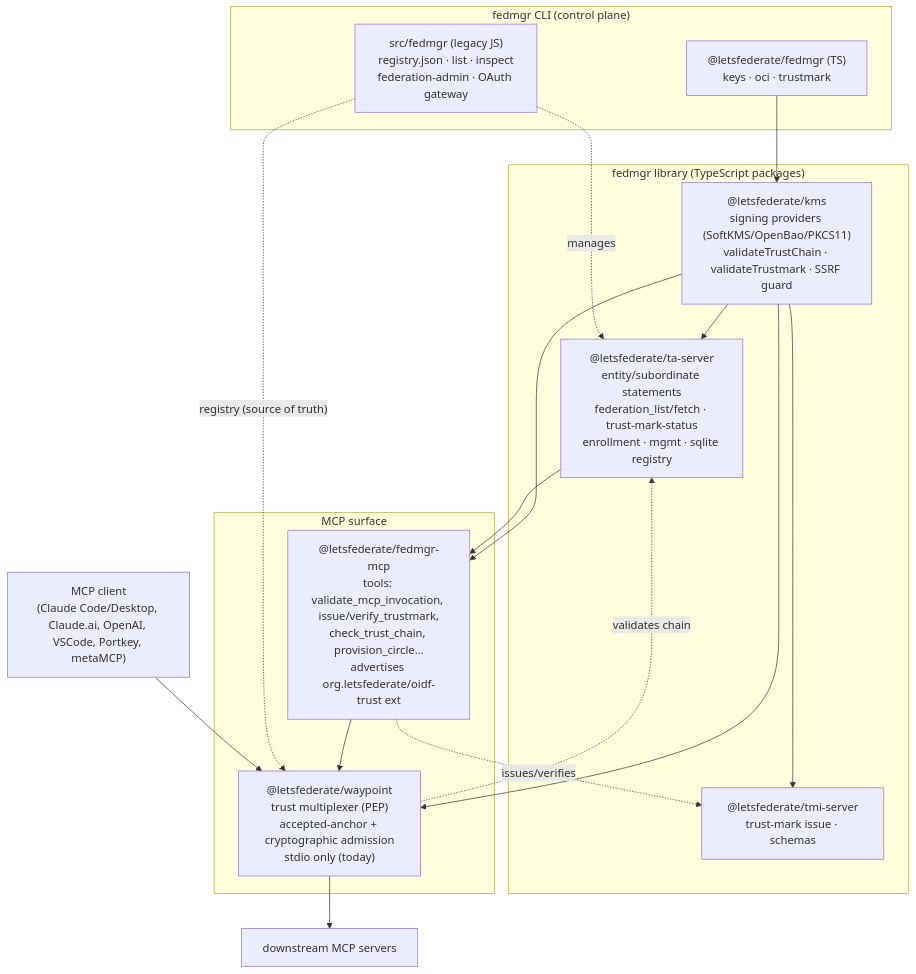
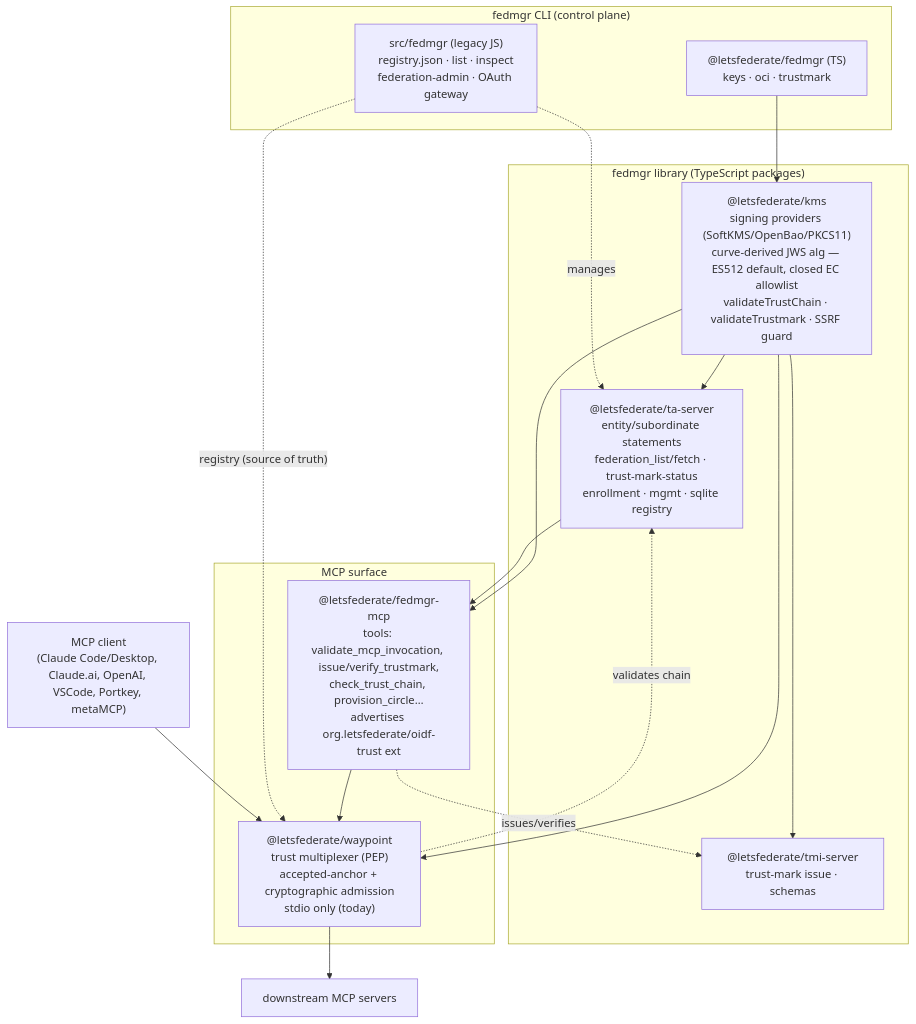
The first of 5 diagrams in docs/architecture/trust-fabric-architecture.md (teamktown/fedmgr), drawn with Mermaid before and after one commit. The commit also changed 9 other files, not shown here.

````diff
--- a/docs/architecture/trust-fabric-architecture.md
+++ b/docs/architecture/trust-fabric-architecture.md
@@ -45,35 +45,35 @@
 ```mermaid
 flowchart TB
   subgraph lib["fedmgr library (TypeScript packages)"]
-    kms["@letsfederate/kms<br/>signing providers (SoftKMS/OpenBao/PKCS11)<br/>validateTrustChain · validateTrustmark · SSRF guard"]
+    kms["@letsfederate/kms<br/>signing providers (SoftKMS/OpenBao/PKCS11)<br/>curve-derived JWS alg — ES512 default, closed EC allowlist<br/>validateTrustChain · validateTrustmark · SSRF guard"]
     ta["@letsfederate/ta-server<br/>entity/subordinate statements<br/>federation_list/fetch · trust-mark-status<br/>enrollment · mgmt · sqlite registry"]
     tmi["@letsfederate/tmi-server<br/>trust-mark issue · schemas"]
   end
 
   subgraph cli["fedmgr CLI (control plane)"]
     cliTs["@letsfederate/fedmgr (TS)<br/>keys · oci · trustmark"]
     cliJs["src/fedmgr (legacy JS)<br/>registry.json · list · inspect<br/>federation-admin · OAuth gateway"]
   end
 
   subgraph mcp["MCP surface"]
     fmcp["@letsfederate/fedmgr-mcp<br/>tools: validate_mcp_invocation, issue/verify_trustmark,<br/>check_trust_chain, provision_circle…<br/>advertises org.letsfederate/oidf-trust ext"]
     wp["@letsfederate/waypoint<br/>trust multiplexer (PEP)<br/>accepted-anchor + cryptographic admission<br/>stdio only (today)"]
   end
 
   client["MCP client<br/>(Claude Code/Desktop, Claude.ai, OpenAI, VSCode, Portkey, metaMCP)"]
   down["downstream MCP servers"]
 
   kms --> ta
   kms --> tmi
   kms --> fmcp
   ta --> fmcp
   fmcp --> wp
   kms --> wp
   cliTs --> kms
   cliJs -. manages .-> ta
   cliJs -. registry (source of truth) .-> wp
   client --> wp
   wp --> down
   wp -. validates chain .-> ta
   fmcp -. issues/verifies .-> tmi
 ```
````
